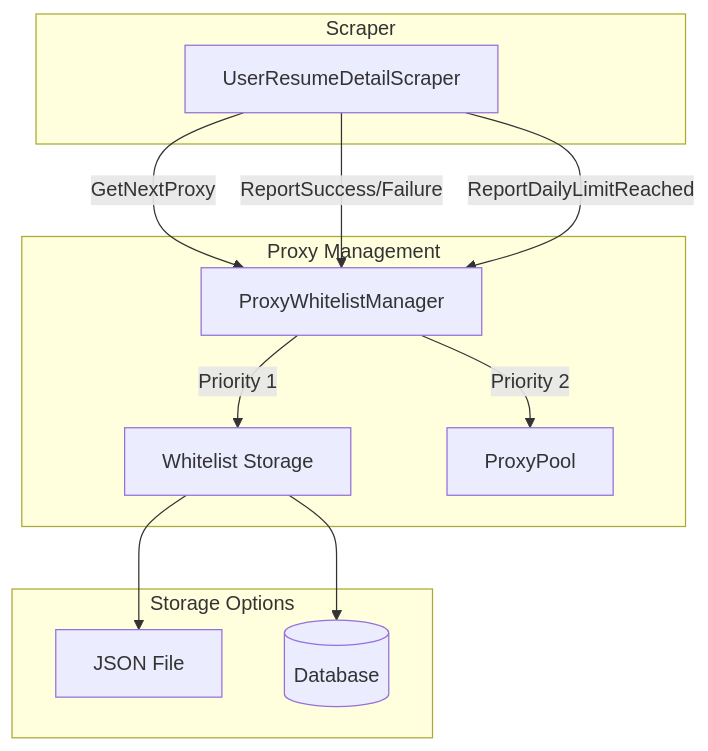
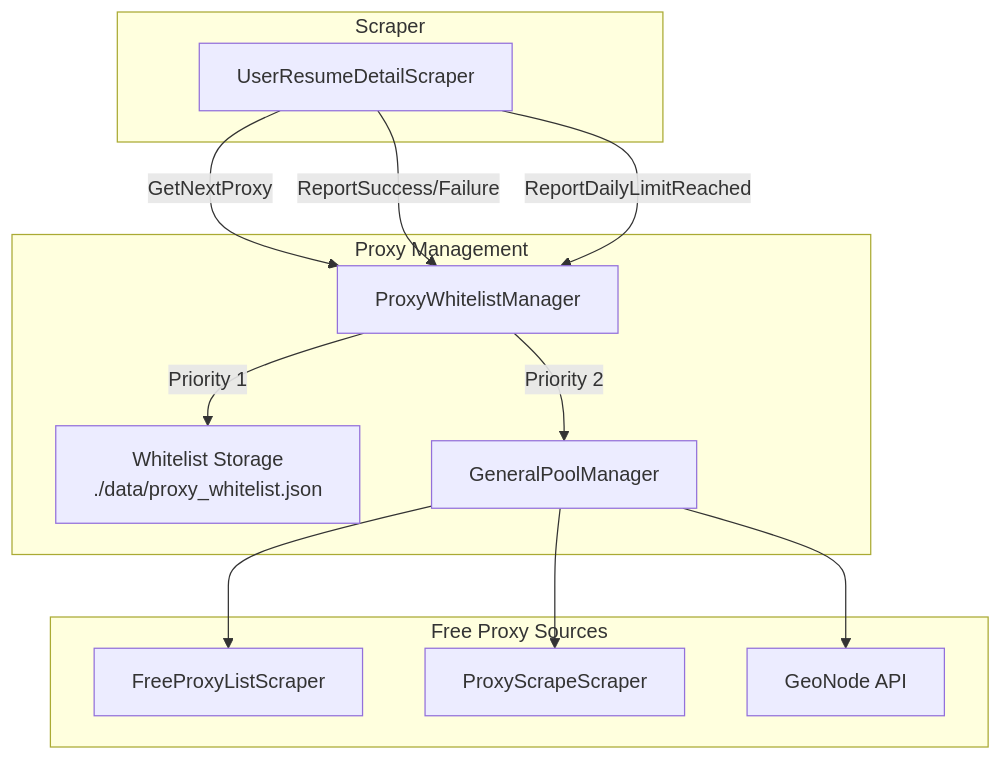
The third of 3 diagrams in docs/ARCHITECTURE.md (Resident234/job_board_scraper), drawn with Mermaid before and after one commit. The commit also changed other lines of this file and 7 other files, not shown here.

````diff
--- a/docs/ARCHITECTURE.md
+++ b/docs/ARCHITECTURE.md
@@ -115,27 +134,29 @@
 ```mermaid
 graph TB
     subgraph "Proxy Management"
         PWM[ProxyWhitelistManager]
-        WL[Whitelist Storage]
-        FPP[ProxyPool]
+        WL[Whitelist Storage<br/>./data/proxy_whitelist.json]
+        GPM[GeneralPoolManager]
     end
 
     subgraph "Scraper"
         URDS[UserResumeDetailScraper]
     end
 
-    subgraph "Storage Options"
-        JSON[JSON File]
-        DB[(Database)]
+    subgraph "Free Proxy Sources"
+        FPLS[FreeProxyListScraper]
+        PSS[ProxyScrapeScraper]
+        GN[GeoNode API]
     end
 
     URDS -->|GetNextProxy| PWM
     URDS -->|ReportSuccess/Failure| PWM
     URDS -->|ReportDailyLimitReached| PWM
 
     PWM -->|Priority 1| WL
-    PWM -->|Priority 2| FPP
+    PWM -->|Priority 2| GPM
 
-    WL --> JSON
-    WL --> DB
+    GPM --> FPLS
+    GPM --> PSS
+    GPM --> GN
 ```
````
